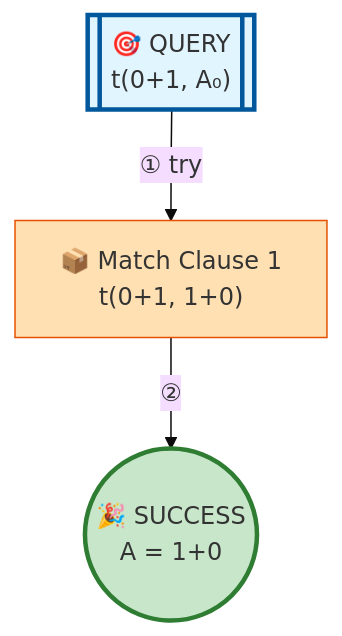
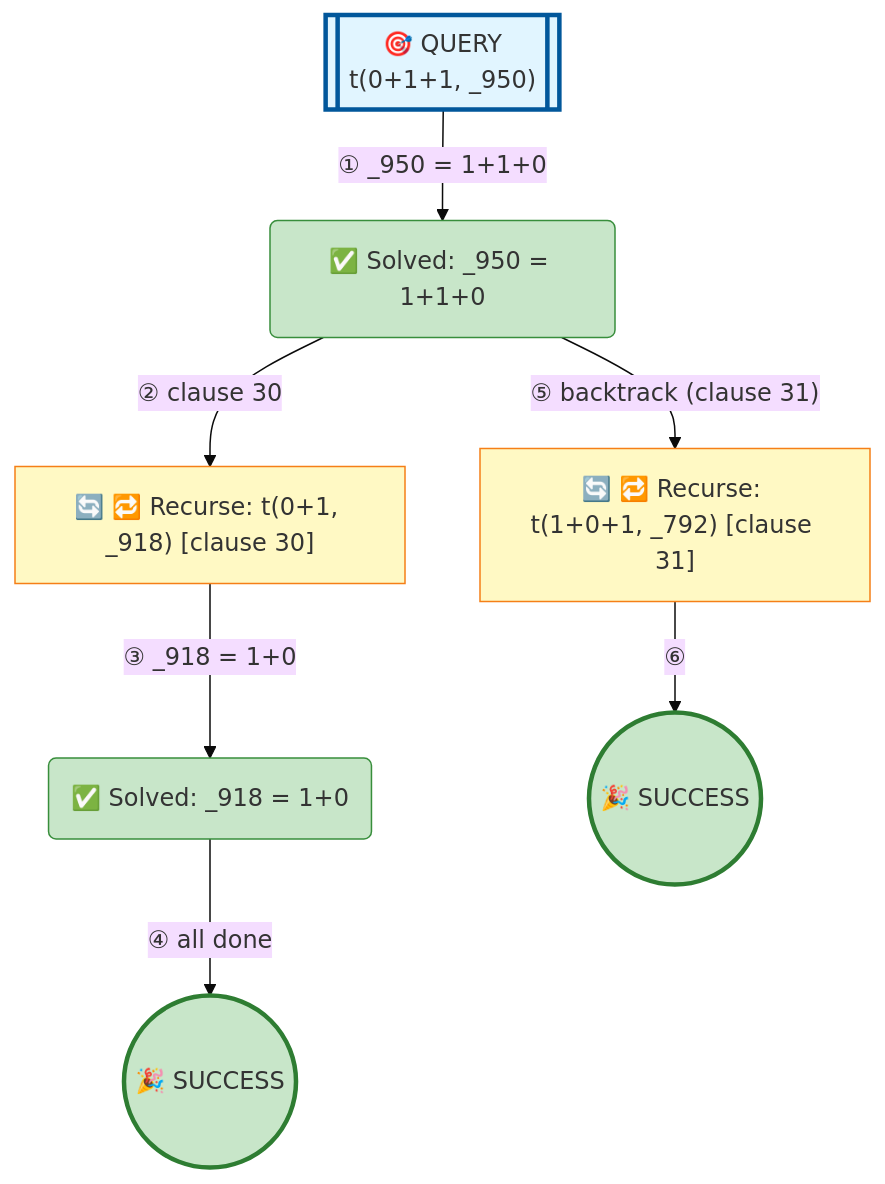
One commit to jarecsni/prolog-trace-viz changed the diagram in examples/3_3_operators-full.md. Above: the diagram before and after it, drawn with Mermaid (base theme). The commit also changed other lines of this file and 26 other files, not shown here.

````diff
--- a/examples/3_3_operators-full.md
+++ b/examples/3_3_operators-full.md
@@ -17,17 +17,29 @@
 ```mermaid
 graph TD
 
 %% Nodes
-A[["🎯 QUERY<br/>t(0+1, A₀)"]]
-B(("🎉 SUCCESS<br/>A = 1+0"))
-C["📦 Match Clause 1<br/>t(0+1, 1+0)"]
+A[["🎯 QUERY<br/>t(0+1+1, _950)"]]
+B("✅ Solved: _950 = 1+1+0")
+C["🔄 🔁 Recurse: t(0+1, _918) [clause 30]"]
+D("✅ Solved: _918 = 1+0")
+E(("🎉 SUCCESS"))
+F["🔄 🔁 Recurse: t(1+0+1, _792) [clause 31]"]
+G(("🎉 SUCCESS"))
 
 %% Edges
-A -->|"① try"| C
-C -->|"②"| B
+A -->|"① _950 = 1+1+0"| B
+B -->|"② clause 30"| C
+C -->|"③ _918 = 1+0"| D
+D -->|"④ all done"| E
+B -->|"⑤ backtrack (clause 31)"| F
+F -->|"⑥"| G
 
 %% Styles
 style A fill:#e1f5ff,stroke:#01579b,stroke-width:3px
-style B fill:#c8e6c9,stroke:#2e7d32,stroke-width:3px
-style C fill:#ffe0b2,stroke:#e65100
+style B fill:#c8e6c9,stroke:#388e3c
+style C fill:#fff9c4,stroke:#f57f17
+style D fill:#c8e6c9,stroke:#388e3c
+style E fill:#c8e6c9,stroke:#2e7d32,stroke-width:3px
+style F fill:#fff9c4,stroke:#f57f17
+style G fill:#c8e6c9,stroke:#2e7d32,stroke-width:3px
 ```
````
